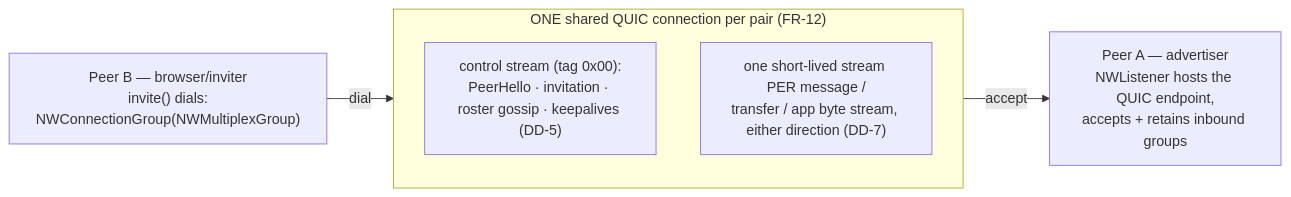
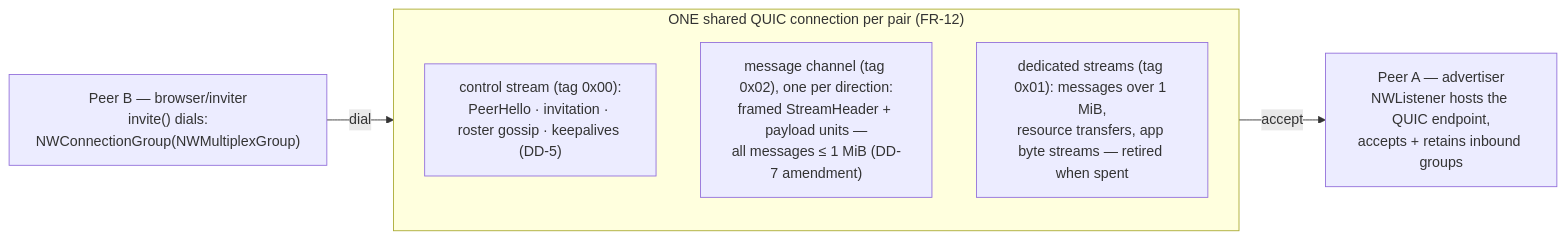
Before and after one commit to security-union/Stormo: the sixth of 8 diagrams in docs/design-mpc-successor.md, drawn with Mermaid. The commit also changed other lines of this file, not shown here.

First line of the commit message:
Docs: stream layout coherent with the DD-7 amendment (message channel)

````diff
--- a/docs/design-mpc-successor.md
+++ b/docs/design-mpc-successor.md
@@ -392,12 +394,13 @@
 ```mermaid
 flowchart LR
     B["Peer B — browser/inviter<br/>invite() dials:<br/>NWConnectionGroup(NWMultiplexGroup)"]
     A["Peer A — advertiser<br/>NWListener hosts the QUIC endpoint,<br/>accepts + retains inbound groups"]
     subgraph CONN["ONE shared QUIC connection per pair (FR-12)"]
         direction TB
         CS["control stream (tag 0x00):<br/>PeerHello · invitation · roster gossip · keepalives (DD-5)"]
-        DS["one short-lived stream PER message /<br/>transfer / app byte stream, either direction (DD-7)"]
+        MC["message channel (tag 0x02), one per direction:<br/>framed StreamHeader + payload units —<br/>all messages ≤ 1 MiB (DD-7 amendment)"]
+        DS["dedicated streams (tag 0x01): messages over 1 MiB,<br/>resource transfers, app byte streams — retired when spent"]
     end
     B -- dial --> CONN
     CONN -- accept --> A
 ```
````
